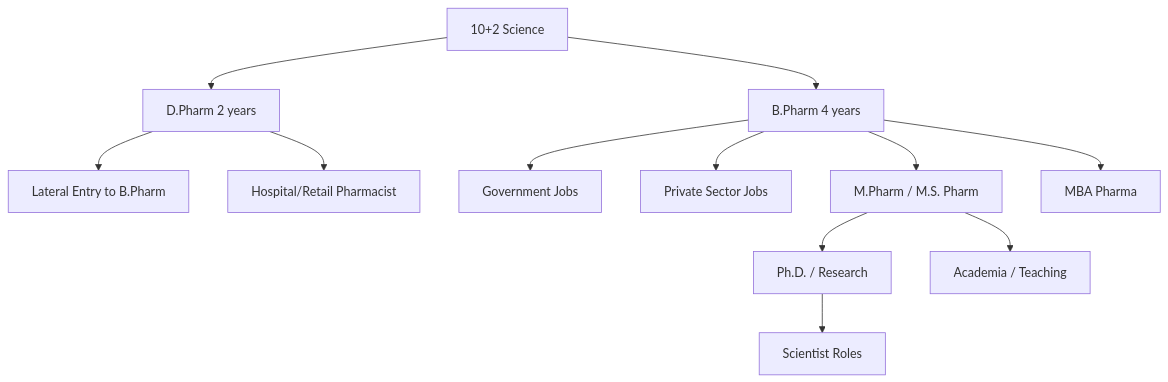
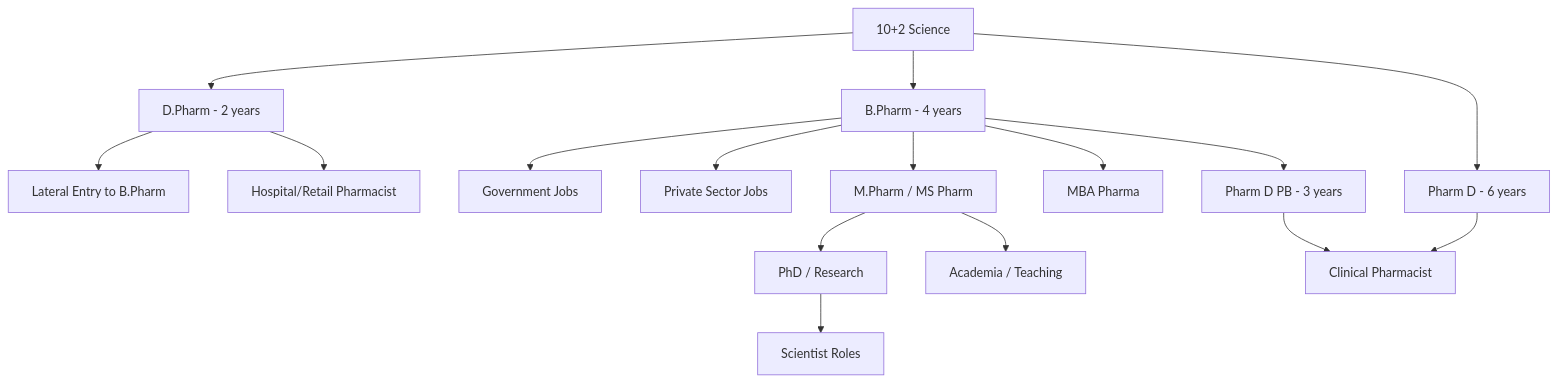
Before and after one commit to sagarnikam123/sagarnikam123.github.io: the first of 2 diagrams in _posts/2026-01-21-pharmacy-career-options-india-after-bpharm-mpharm.md, drawn with Mermaid. The commit also changed other lines of this file, not shown here.

````diff
--- a/_posts/2026-01-21-pharmacy-career-options-india-after-bpharm-mpharm.md
+++ b/_posts/2026-01-21-pharmacy-career-options-india-after-bpharm-mpharm.md
@@ -49,14 +49,18 @@
 ```mermaid
 flowchart TD
-    A[10+2 Science] --> B[D.Pharm 2 years]
-    A --> C[B.Pharm 4 years]
+    A[10+2 Science] --> B[D.Pharm - 2 years]
+    A --> C[B.Pharm - 4 years]
+    A --> M[Pharm D - 6 years]
     B --> D[Lateral Entry to B.Pharm]
     B --> E[Hospital/Retail Pharmacist]
     C --> F[Government Jobs]
     C --> G[Private Sector Jobs]
-    C --> H[M.Pharm / M.S. Pharm]
+    C --> H[M.Pharm / MS Pharm]
     C --> I[MBA Pharma]
-    H --> J[Ph.D. / Research]
+    C --> N[Pharm D PB - 3 years]
+    H --> J[PhD / Research]
     H --> K[Academia / Teaching]
     J --> L[Scientist Roles]
+    M --> O[Clinical Pharmacist]
+    N --> O
 ```
````
